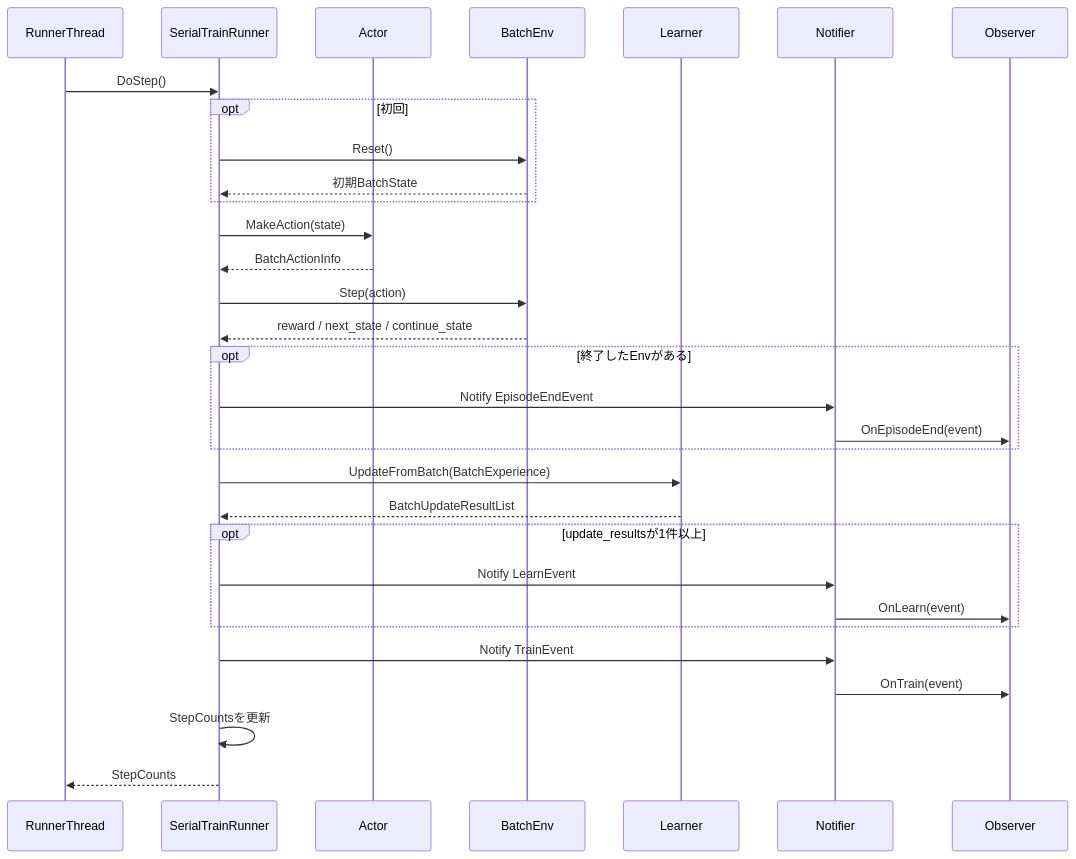
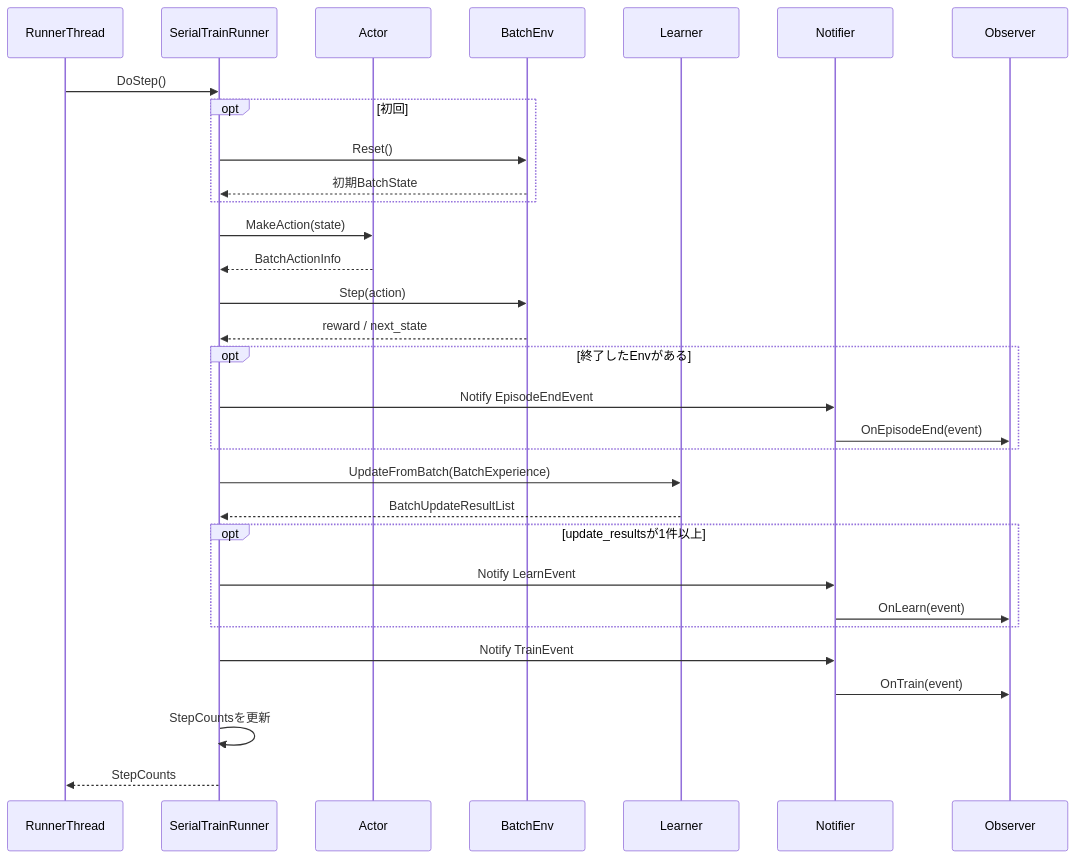
One commit to kazukin123/anet-lab changed the third of 4 diagrams in docs/design/100_runtime_and_configuration.jp.md. Above: the diagram before and after it, drawn with Mermaid. The commit also changed other lines of this file and 66 other files, not shown here.

````diff
--- a/docs/design/100_runtime_and_configuration.jp.md
+++ b/docs/design/100_runtime_and_configuration.jp.md
@@ -194,34 +194,34 @@
 ```mermaid
 sequenceDiagram
     participant RT as RunnerThread
     participant R as SerialTrainRunner
     participant A as Actor
     participant E as BatchEnv
     participant L as Learner
     participant N as Notifier
     participant O as Observer
 
     RT->>R: DoStep()
     opt 初回
         R->>E: Reset()
         E-->>R: 初期BatchState
     end
     R->>A: MakeAction(state)
     A-->>R: BatchActionInfo
     R->>E: Step(action)
-    E-->>R: reward / next_state / continue_state
+    E-->>R: reward / next_state
     opt 終了したEnvがある
         R->>N: Notify EpisodeEndEvent
         N->>O: OnEpisodeEnd(event)
     end
     R->>L: UpdateFromBatch(BatchExperience)
     L-->>R: BatchUpdateResultList
     opt update_resultsが1件以上
         R->>N: Notify LearnEvent
         N->>O: OnLearn(event)
     end
     R->>N: Notify TrainEvent
     N->>O: OnTrain(event)
     R->>R: StepCountsを更新
     R-->>RT: StepCounts
 ```
````
